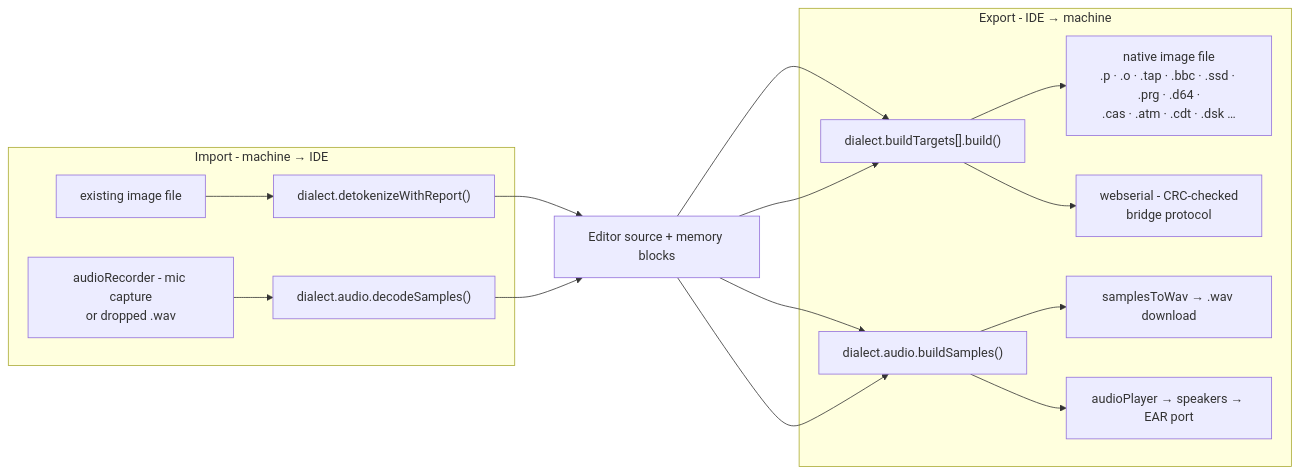
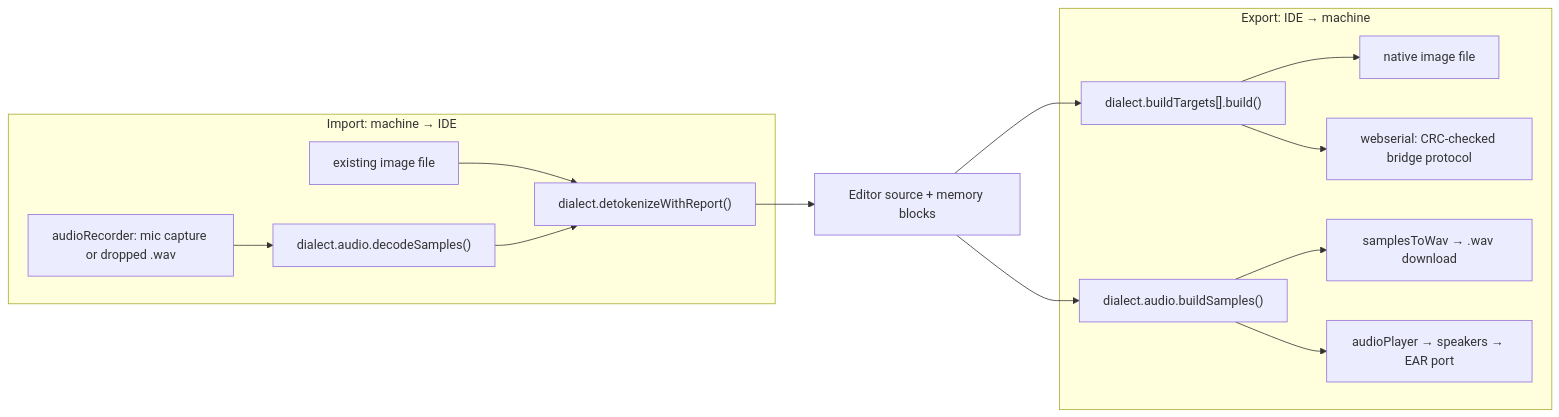
The tenth of 12 diagrams in docs/contributing/architecture.md (seanhodges/basically), drawn with Mermaid before and after one commit. The commit also changed other lines of this file and 4 other files, not shown here.

````diff
--- a/docs/contributing/architecture.md
+++ b/docs/contributing/architecture.md
@@ -812,27 +598,27 @@
 ```mermaid
 flowchart LR
   editor["Editor source + memory blocks"]
 
-  subgraph export ["Export - IDE → machine"]
+  subgraph export ["Export: IDE → machine"]
     build["dialect.buildTargets[].build()"]
     enc["dialect.audio.buildSamples()"]
-    imgfile["native image file<br/>.p · .o · .tap · .bbc · .ssd · .prg · .d64 ·<br/>.cas · .atm · .cdt · .dsk …"]
+    imgfile["native image file"]
     wav["samplesToWav → .wav download"]
     speaker["audioPlayer → speakers → EAR port"]
-    serial["webserial - CRC-checked<br/>bridge protocol"]
+    serial["webserial: CRC-checked bridge protocol"]
   end
 
-  subgraph import ["Import - machine → IDE"]
+  subgraph import ["Import: machine → IDE"]
     binfile["existing image file"]
-    mic["audioRecorder - mic capture<br/>or dropped .wav"]
+    mic["audioRecorder: mic capture or dropped .wav"]
     dec["dialect.audio.decodeSamples()"]
     detok["dialect.detokenizeWithReport()"]
   end
 
   editor --> build --> imgfile
-  editor --> build --> serial
+  build --> serial
   editor --> enc --> wav
-  editor --> enc --> speaker
+  enc --> speaker
   binfile --> detok --> editor
-  mic --> dec --> editor
+  mic --> dec --> detok
 ```
````
